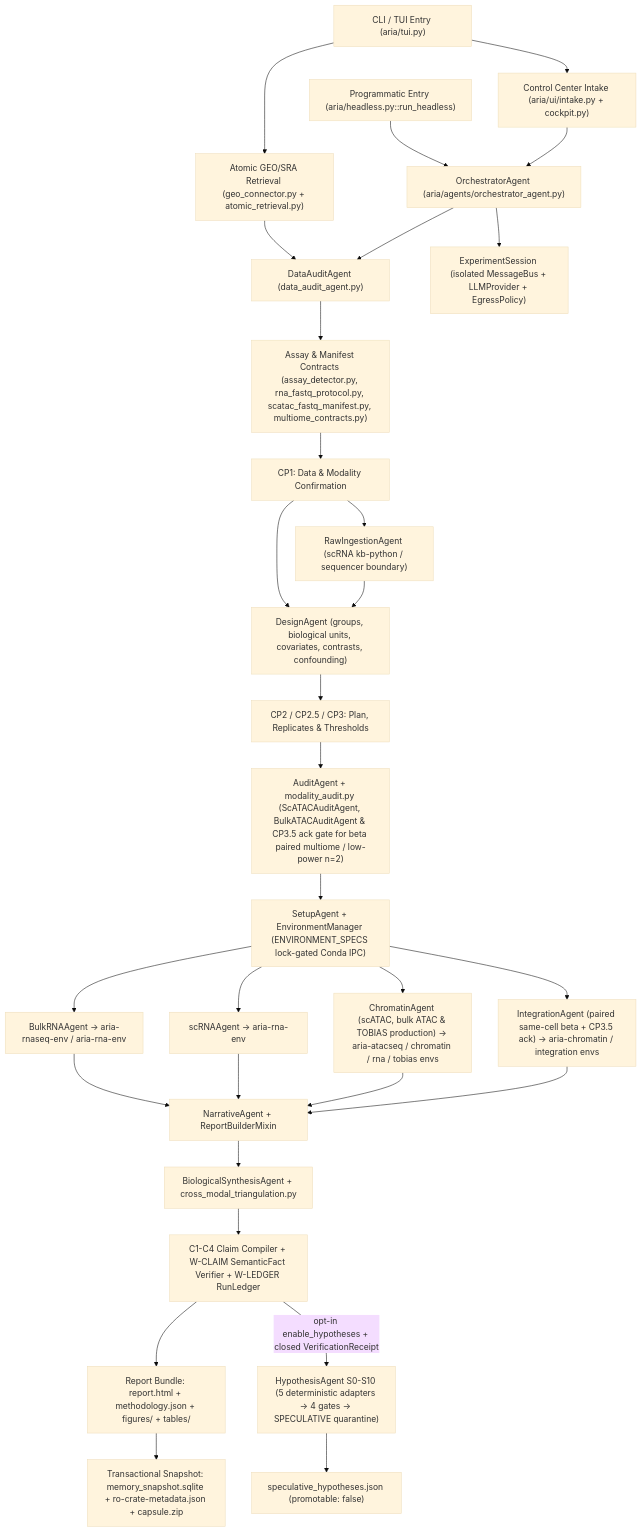
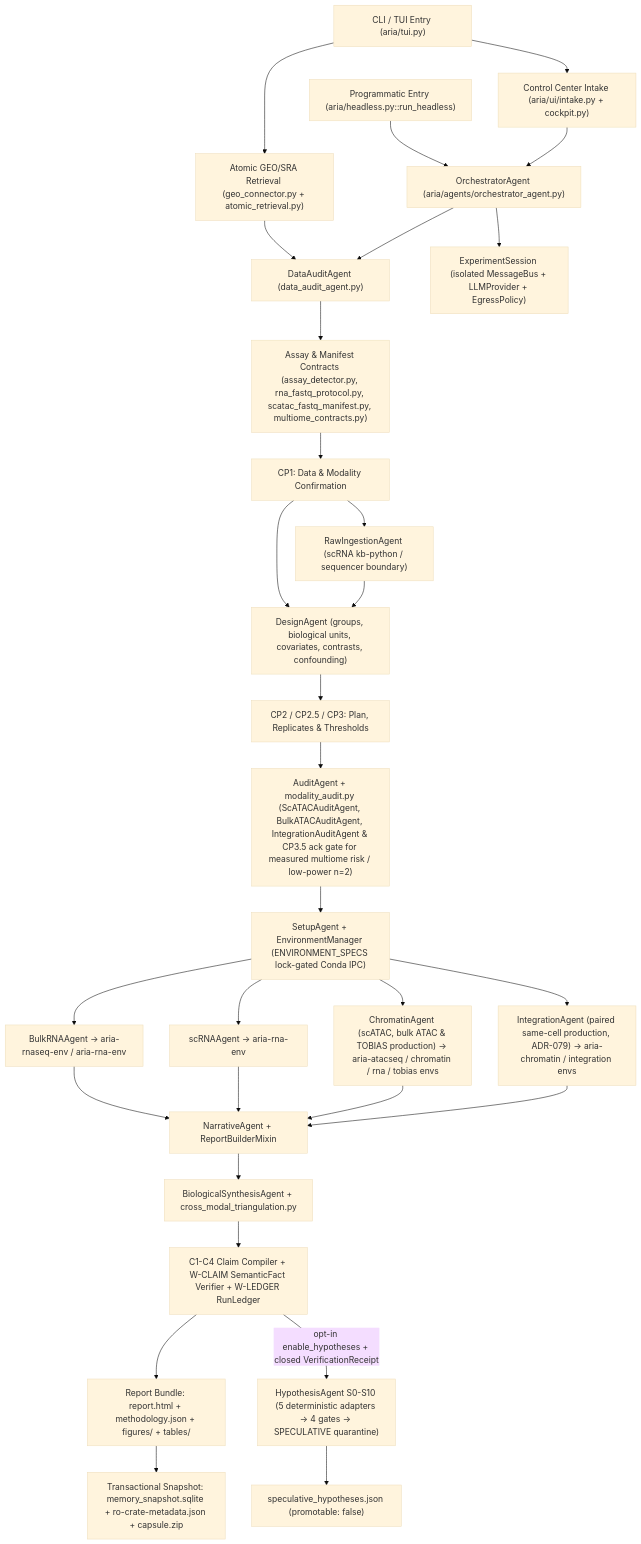
Before and after one commit to Olascoaga/aria-omics: the diagram in docs/architecture/code_graph.md, drawn with Mermaid (base theme). The commit also changed other lines of this file and 50 other files, not shown here.

````diff
--- a/docs/architecture/code_graph.md
+++ b/docs/architecture/code_graph.md
@@ -9,36 +9,36 @@
 ```mermaid
 flowchart TD
     CLI["CLI / TUI Entry (aria/tui.py)"] --> INTAKE["Control Center Intake (aria/ui/intake.py + cockpit.py)"]
     HEADLESS["Programmatic Entry (aria/headless.py::run_headless)"] --> ORCH
     CLI --> GEO["Atomic GEO/SRA Retrieval (geo_connector.py + atomic_retrieval.py)"]
     INTAKE --> ORCH["OrchestratorAgent (aria/agents/orchestrator_agent.py)"]
     GEO --> DA["DataAuditAgent (data_audit_agent.py)"]
     ORCH --> SESSION["ExperimentSession (isolated MessageBus + LLMProvider + EgressPolicy)"]
     ORCH --> DA
 
     DA --> ASSAY["Assay & Manifest Contracts (assay_detector.py, rna_fastq_protocol.py, scatac_fastq_manifest.py, multiome_contracts.py)"]
     ASSAY --> CP1["CP1: Data & Modality Confirmation"]
     CP1 --> RAW["RawIngestionAgent (scRNA kb-python / sequencer boundary)"]
     CP1 --> DESIGN["DesignAgent (groups, biological units, covariates, contrasts, confounding)"]
     RAW --> DESIGN
     DESIGN --> CP2["CP2 / CP2.5 / CP3: Plan, Replicates & Thresholds"]
-    CP2 --> AUDIT["AuditAgent + modality_audit.py (ScATACAuditAgent, BulkATACAuditAgent & CP3.5 ack gate for beta paired multiome / low-power n=2)"]
+    CP2 --> AUDIT["AuditAgent + modality_audit.py (ScATACAuditAgent, BulkATACAuditAgent, IntegrationAuditAgent & CP3.5 ack gate for measured multiome risk / low-power n=2)"]
     AUDIT --> SETUP["SetupAgent + EnvironmentManager (ENVIRONMENT_SPECS lock-gated Conda IPC)"]
 
     SETUP --> BULK["BulkRNAAgent -> aria-rnaseq-env / aria-rna-env"]
     SETUP --> SCRNA["scRNAAgent -> aria-rna-env"]
     SETUP --> CHROM["ChromatinAgent (scATAC, bulk ATAC & TOBIAS production) -> aria-atacseq / chromatin / rna / tobias envs"]
-    SETUP --> INTEG["IntegrationAgent (paired same-cell beta + CP3.5 ack) -> aria-chromatin / integration envs"]
+    SETUP --> INTEG["IntegrationAgent (paired same-cell production, ADR-079) -> aria-chromatin / integration envs"]
 
     BULK --> NARR["NarrativeAgent + ReportBuilderMixin"]
     SCRNA --> NARR
     CHROM --> NARR
     INTEG --> NARR
 
     NARR --> SYNTH["BiologicalSynthesisAgent + cross_modal_triangulation.py"]
     SYNTH --> COMPILER["C1-C4 Claim Compiler + W-CLAIM SemanticFact Verifier + W-LEDGER RunLedger"]
     COMPILER --> BUNDLE["Report Bundle: report.html + methodology.json + figures/ + tables/"]
     BUNDLE --> CAPSULE["Transactional Snapshot: memory_snapshot.sqlite + ro-crate-metadata.json + capsule.zip"]
     COMPILER -->|opt-in enable_hypotheses + closed VerificationReceipt| HYPO["HypothesisAgent S0-S10 (5 deterministic adapters -> 4 gates -> SPECULATIVE quarantine)"]
     HYPO --> SPEC_JSON["speculative_hypotheses.json (promotable: false)"]
 ```
````
